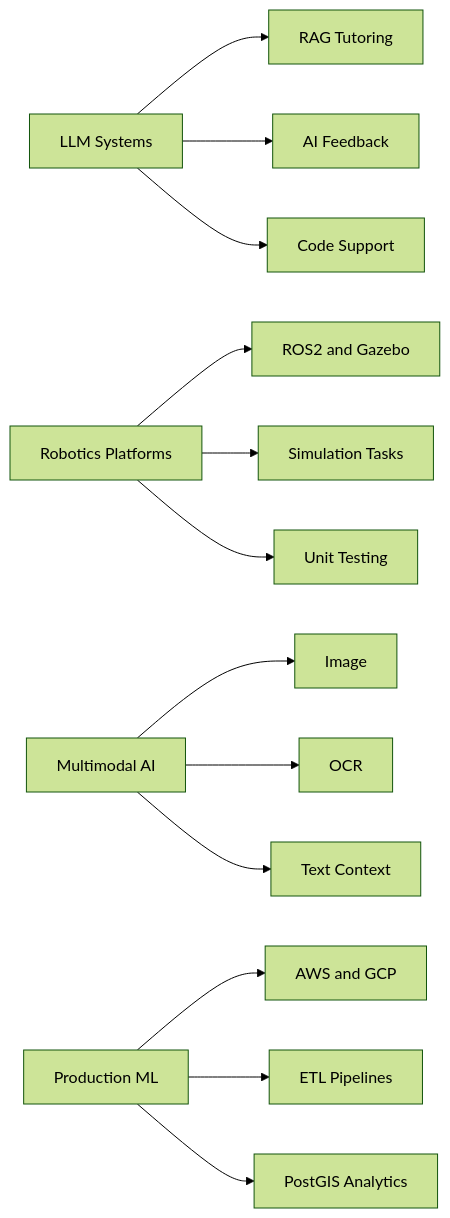
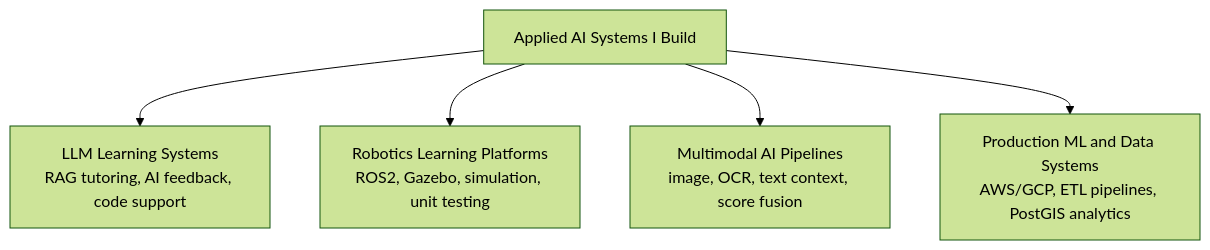
Before and after one commit to CS-Ponkoj/CS-Ponkoj: the diagram in Readme.md, drawn with Mermaid (forest theme). The commit also changed other lines of this file, not shown here.

Commit message:
Update Readme.md with new content and formatting

````diff
--- a/Readme.md
+++ b/Readme.md
@@ -19,18 +17,9 @@
 ```mermaid
-flowchart LR
-    A[LLM Systems] --> A1[RAG Tutoring]
-    A --> A2[AI Feedback]
-    A --> A3[Code Support]
+flowchart TB
+    A["Applied AI Systems I Build"]
 
-    B[Robotics Platforms] --> B1[ROS2 and Gazebo]
-    B --> B2[Simulation Tasks]
-    B --> B3[Unit Testing]
-
-    C[Multimodal AI] --> C1[Image]
-    C --> C2[OCR]
-    C --> C3[Text Context]
-
-    D[Production ML] --> D1[AWS and GCP]
-    D --> D2[ETL Pipelines]
-    D --> D3[PostGIS Analytics]
+    A --> B["LLM Learning Systems<br/>RAG tutoring, AI feedback, code support"]
+    A --> C["Robotics Learning Platforms<br/>ROS2, Gazebo, simulation, unit testing"]
+    A --> D["Multimodal AI Pipelines<br/>image, OCR, text context, score fusion"]
+    A --> E["Production ML and Data Systems<br/>AWS/GCP, ETL pipelines, PostGIS analytics"]
 ```
````
